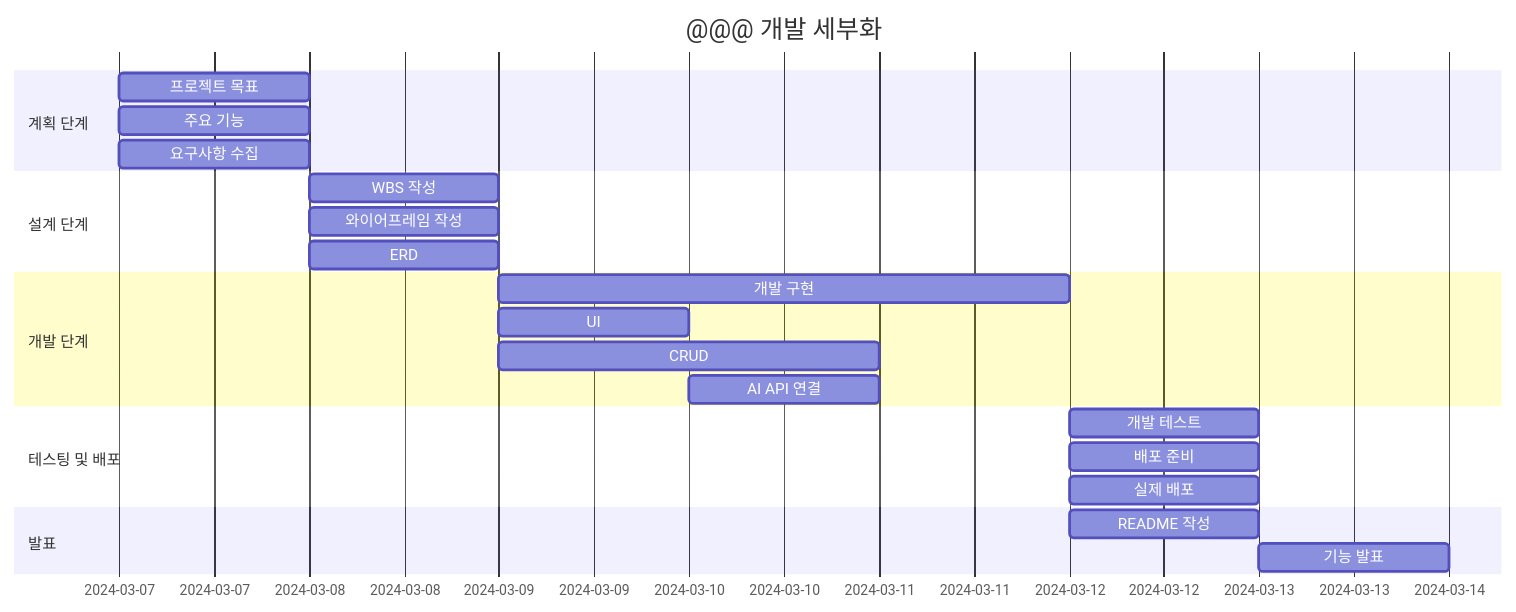
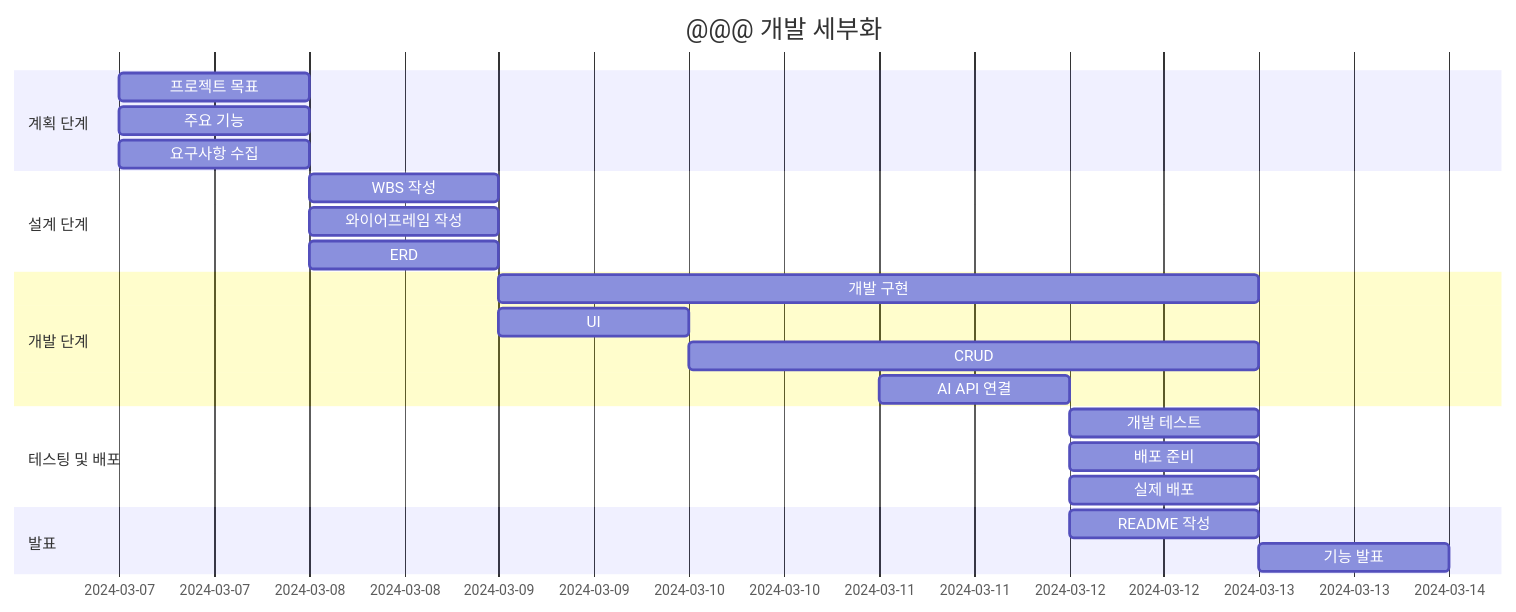
Before and after one commit to soohyun020812/Portfolio_CityDiary: the diagram in README.md, drawn with Mermaid.

````diff
--- a/README.md
+++ b/README.md
@@ -41,30 +41,30 @@
 ```mermaid
 gantt
     title @@@ 개발 세부화
     dateFormat    YYYY-MM-DD
 
     section 계획 단계
     프로젝트 목표 : 2024-03-07, 1d
     주요 기능 : 2024-03-07, 1d
     요구사항 수집 : 2024-03-07, 1d
     
     section 설계 단계
     WBS 작성 : 2024-03-08, 1d
     와이어프레임 작성 : 2024-03-08, 1d
     ERD : 2024-03-08, 1d
 
     section 개발 단계
-    개발 구현 : 2024-03-09, 3d
+    개발 구현 : 2024-03-09, 4d
     UI : 2024-03-09, 1d
-    CRUD : 2024-03-09, 2d
-    AI API 연결 : 2024-03-10, 1d
+    CRUD : 2024-03-10, 3d
+    AI API 연결 : 2024-03-11, 1d
     
     section 테스팅 및 배포
     개발 테스트 : 2024-03-12, 1d
     배포 준비 : 2024-03-12, 1d
     실제 배포 : 2024-03-12, 1d
 
     section 발표
     README 작성 : 2024-03-12, 1d
     기능 발표 : 2024-03-13, 1d
 ```
````
